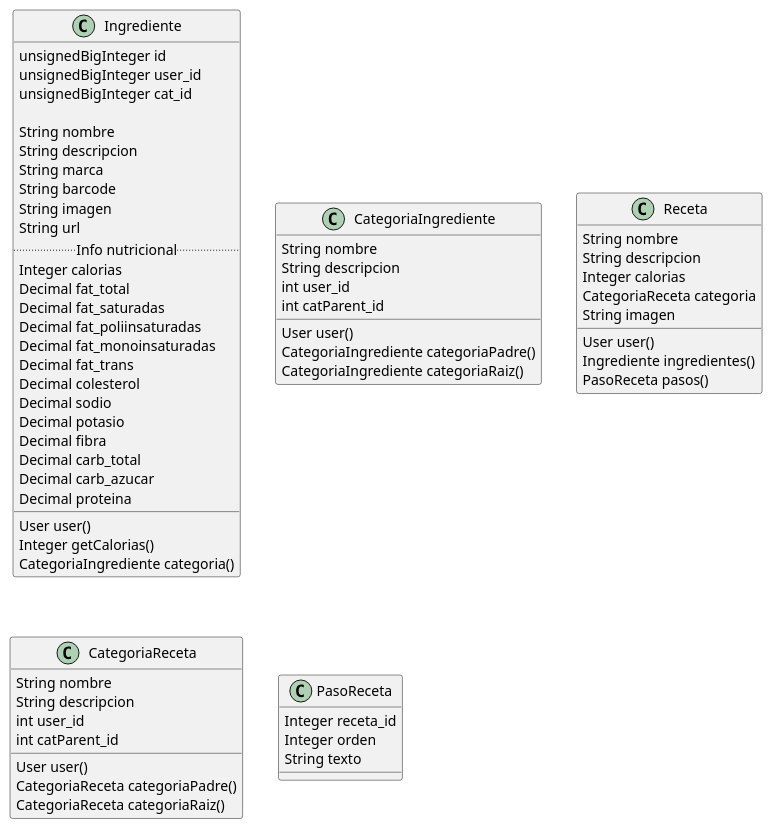
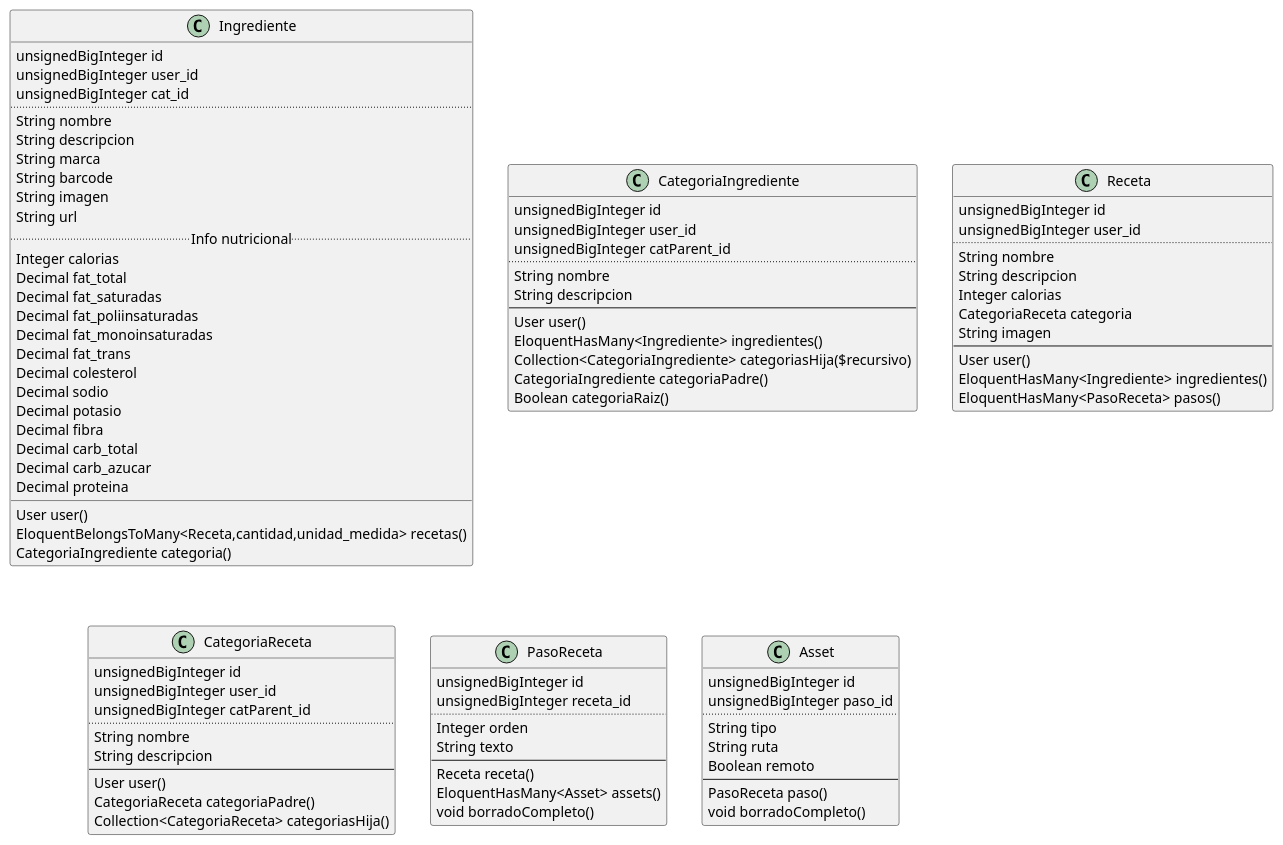
The diagram in docs/clases_detalle.pu (Luinux81/laravel-recetapp), drawn with PlantUML before and after one commit. The commit also changed 1 other file, not shown here.

Commit message:
Actualización de diagramas de clases

```diff
--- a/docs/clases_detalle.pu
+++ b/docs/clases_detalle.pu
@@ -1,73 +1,100 @@
-@startuml
+@startuml "Clases detalle"
 
 class Ingrediente{
     unsignedBigInteger id    
     unsignedBigInteger user_id
     unsignedBigInteger cat_id
-
+    ....
     String nombre
     String descripcion
     String marca 
     String barcode
     String imagen
     String url
     .. Info nutricional ..
     Integer calorias                
     Decimal fat_total
     Decimal fat_saturadas
     Decimal fat_poliinsaturadas
     Decimal fat_monoinsaturadas
     Decimal fat_trans
     Decimal colesterol
     Decimal sodio
     Decimal potasio
     Decimal fibra
     Decimal carb_total
     Decimal carb_azucar
     Decimal proteina
     ____
     User user()
-    Integer getCalorias()
+    EloquentBelongsToMany<Receta,cantidad,unidad_medida> recetas()
     CategoriaIngrediente categoria()
 }
 
 class CategoriaIngrediente{
+    unsignedBigInteger id
+    unsignedBigInteger user_id
+    unsignedBigInteger catParent_id
+    ....
     String nombre
     String descripcion
-    int user_id
-    int catParent_id
-
+    ----
     User user()
+    EloquentHasMany<Ingrediente> ingredientes()
+    Collection<CategoriaIngrediente> categoriasHija($recursivo)
     CategoriaIngrediente categoriaPadre()
-    CategoriaIngrediente categoriaRaiz()
+    Boolean categoriaRaiz()
 }
 
 class Receta{
+    unsignedBigInteger id 
+    unsignedBigInteger user_id
+    ....
     String nombre
     String descripcion
     Integer calorias
     CategoriaReceta categoria
     String imagen
-
+    ----
     User user()
-    Ingrediente ingredientes()
-    PasoReceta pasos()
+    EloquentHasMany<Ingrediente> ingredientes()
+    EloquentHasMany<PasoReceta> pasos()
 }
 
 class CategoriaReceta{
+    unsignedBigInteger id
+    unsignedBigInteger user_id
+    unsignedBigInteger catParent_id
+    ....
     String nombre
     String descripcion
-    int user_id
-    int catParent_id
-
+    ----
     User user()
     CategoriaReceta categoriaPadre()
-    CategoriaReceta categoriaRaiz()
+    Collection<CategoriaReceta> categoriasHija()
 }
 
 class PasoReceta{
-    Integer receta_id
+    unsignedBigInteger id
+    unsignedBigInteger receta_id
+    ....
     Integer orden
     String texto
+    ----
+    Receta receta()
+    EloquentHasMany<Asset> assets()
+    void borradoCompleto()
+}
+
+class Asset{
+    unsignedBigInteger id
+    unsignedBigInteger paso_id
+    ....
+    String tipo
+    String ruta
+    Boolean remoto
+    ----
+    PasoReceta paso()
+    void borradoCompleto()
 }
 @enduml
```
